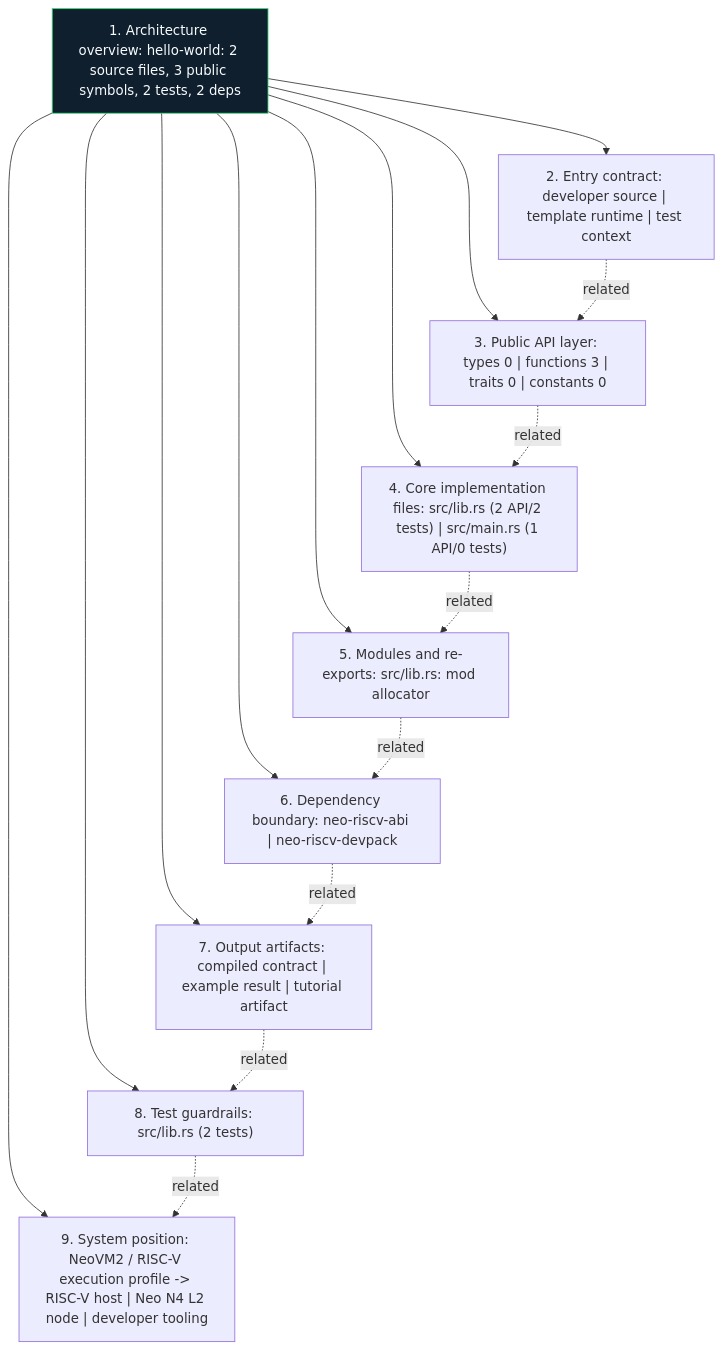
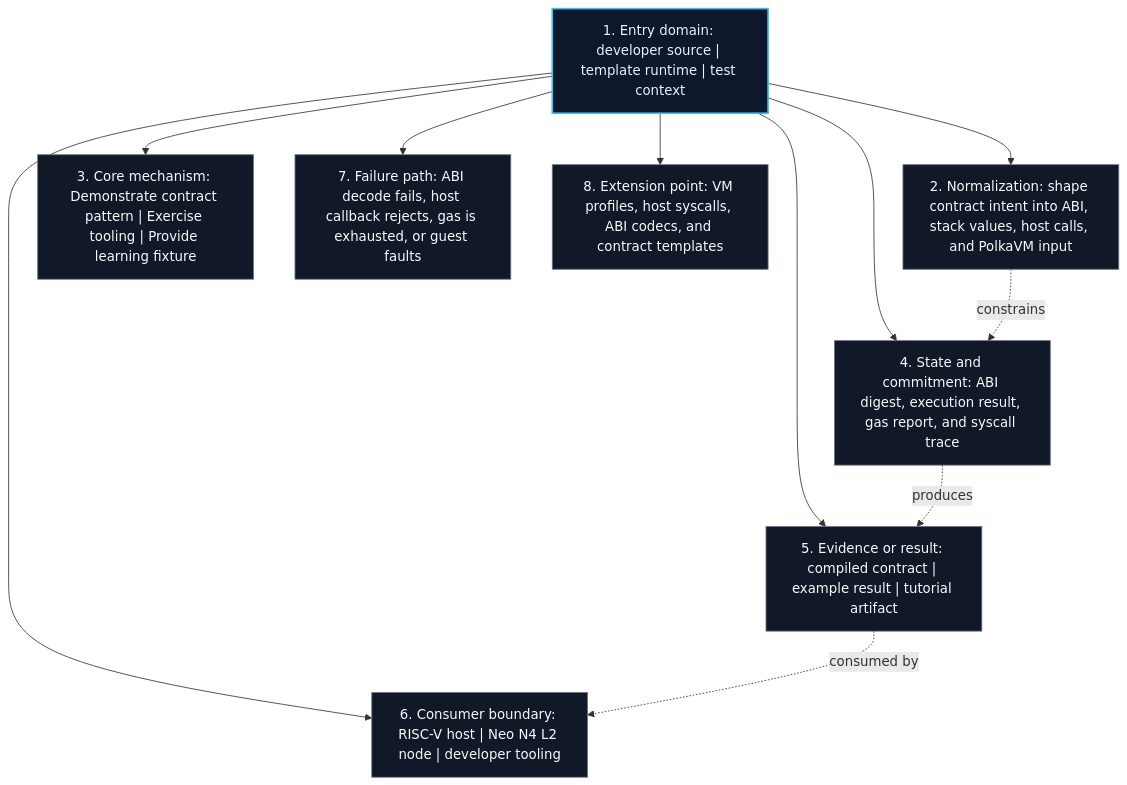
Before and after one commit to r3e-network/neo-riscv-vm: the diagram in examples/hello-world/docs/figures/architecture.mmd, drawn with Mermaid. The commit also changed 831 other files, not shown here.

Commit message:
Replace crate diagrams with technical views

```diff
--- a/examples/hello-world/docs/figures/architecture.mmd
+++ b/examples/hello-world/docs/figures/architecture.mmd
@@ -1,27 +1,23 @@
 flowchart TB
-    N1["1. Architecture overview: hello-world: 2 source files, 3 public symbols, 2 tests, 2 deps"]
-    N2["2. Entry contract: developer source | template runtime | test context"]
-    N3["3. Public API layer: types 0 | functions 3 | traits 0 | constants 0"]
-    N4["4. Core implementation files: src/lib.rs (2 API/2 tests) | src/main.rs (1 API/0 tests)"]
-    N5["5. Modules and re-exports: src/lib.rs: mod allocator"]
-    N6["6. Dependency boundary: neo-riscv-abi | neo-riscv-devpack"]
-    N7["7. Output artifacts: compiled contract | example result | tutorial artifact"]
-    N8["8. Test guardrails: src/lib.rs (2 tests)"]
-    N9["9. System position: NeoVM2 / RISC-V execution profile -> RISC-V host | Neo N4 L2 node | developer tooling"]
+    N1["1. Entry domain: developer source | template runtime | test context"]
+    N2["2. Normalization: shape contract intent into ABI, stack values, host calls, and PolkaVM input"]
+    N3["3. Core mechanism: Demonstrate contract pattern | Exercise tooling | Provide learning fixture"]
+    N4["4. State and commitment: ABI digest, execution result, gas report, and syscall trace"]
+    N5["5. Evidence or result: compiled contract | example result | tutorial artifact"]
+    N6["6. Consumer boundary: RISC-V host | Neo N4 L2 node | developer tooling"]
+    N7["7. Failure path: ABI decode fails, host callback rejects, gas is exhausted, or guest faults"]
+    N8["8. Extension point: VM profiles, host syscalls, ABI codecs, and contract templates"]
     N1 --> N2
     N1 --> N3
     N1 --> N4
     N1 --> N5
     N1 --> N6
     N1 --> N7
     N1 --> N8
-    N1 --> N9
-    N2 -. related .-> N3
-    N3 -. related .-> N4
-    N4 -. related .-> N5
-    N5 -. related .-> N6
-    N6 -. related .-> N7
-    N7 -. related .-> N8
-    N8 -. related .-> N9
-    classDef crate fill:#101f2d,stroke:#38d978,color:#f6fbff
-    class N1 crate
+    N2 -. constrains .-> N4
+    N4 -. produces .-> N5
+    N5 -. consumed by .-> N6
+    classDef core fill:#0f172a,stroke:#38bdf8,color:#e5f2ff,stroke-width:2px;
+    classDef support fill:#111827,stroke:#64748b,color:#f8fafc;
+    class N1 core;
+    class N2,N3,N4,N5,N6,N7,N8 support;
```
